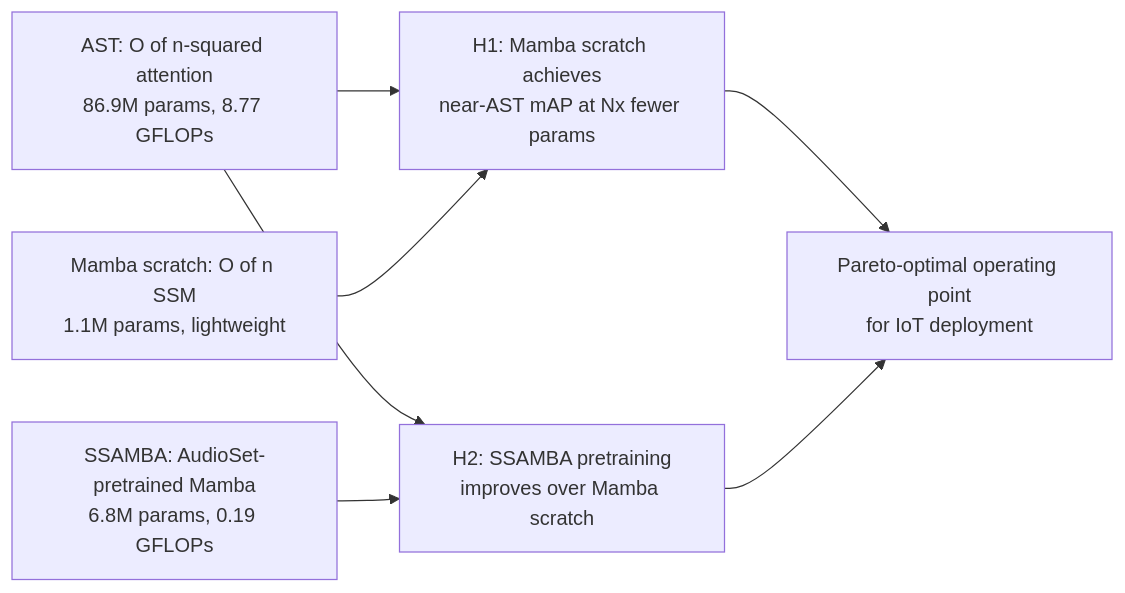
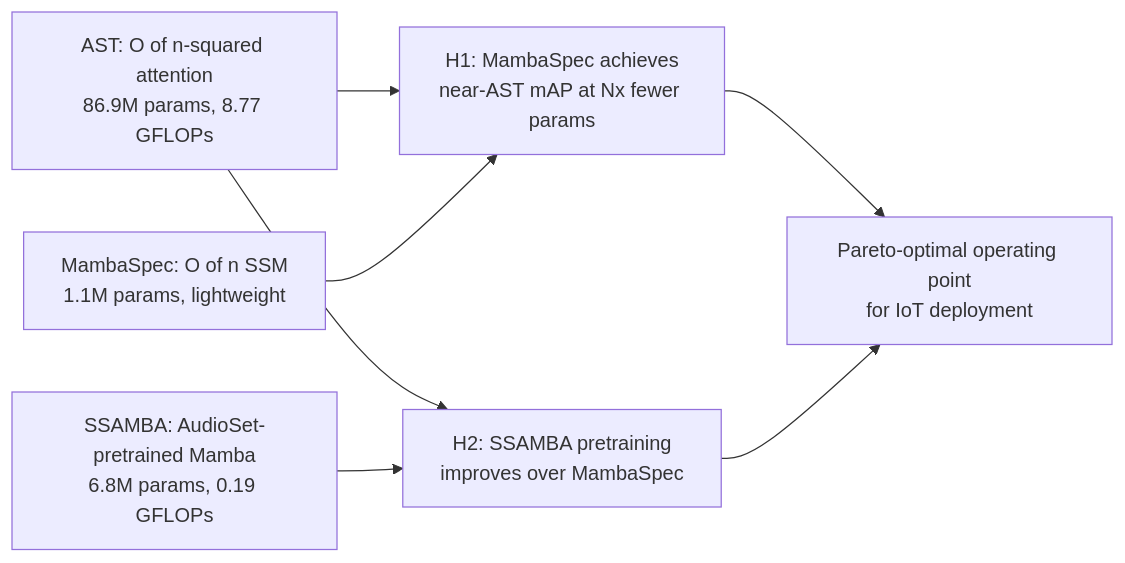
One commit to andremsouza/ssm-bioaed-iot changed the third of 6 diagrams in README.md. Above: the diagram before and after it, drawn with Mermaid. The commit also changed other lines of this file and 7 other files, not shown here.

````diff
--- a/README.md
+++ b/README.md
@@ -64,13 +64,13 @@
 ```mermaid
 flowchart LR
   P1[AST: O of n-squared attention</br>86.9M params, 8.77 GFLOPs]
-  P2[Mamba scratch: O of n SSM</br>1.1M params, lightweight]
+  P2[MambaSpec: O of n SSM</br>1.1M params, lightweight]
   P3[SSAMBA: AudioSet-pretrained Mamba</br>6.8M params, 0.19 GFLOPs]
 
-  P1 --> H1[H1: Mamba scratch achieves</br>near-AST mAP at Nx fewer params]
+  P1 --> H1[H1: MambaSpec achieves</br>near-AST mAP at Nx fewer params]
   P2 --> H1
-  P1 --> H2[H2: SSAMBA pretraining</br>improves over Mamba scratch]
+  P1 --> H2[H2: SSAMBA pretraining</br>improves over MambaSpec]
   P3 --> H2
   H1 --> O[Pareto-optimal operating point</br>for IoT deployment]
   H2 --> O
 ```
````
